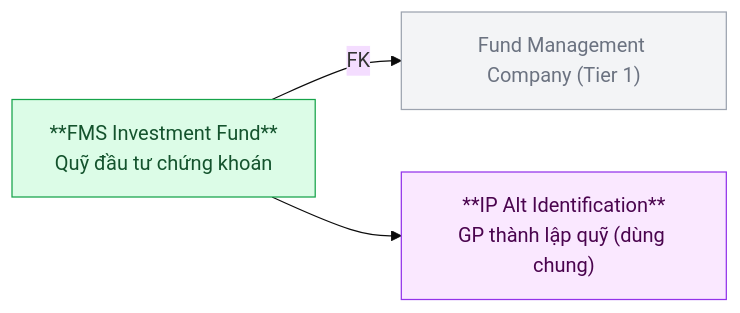
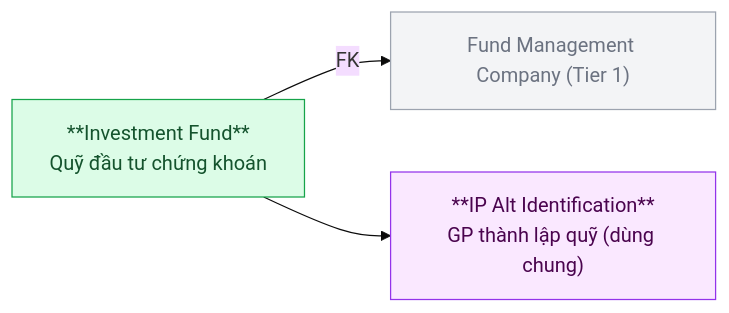
One commit to linhlvit/ubck_atomic_design changed the second of 16 diagrams in Silver/hld/FMS_HLD_Tier2.md. Above: the diagram before and after it, drawn with Mermaid (base theme). The commit also changed other lines of this file and 32 other files, not shown here.

````diff
--- a/Silver/hld/FMS_HLD_Tier2.md
+++ b/Silver/hld/FMS_HLD_Tier2.md
@@ -32,13 +32,13 @@
 ```mermaid
 graph LR
     classDef silver fill:#dcfce7,stroke:#16a34a,color:#14532d
     classDef shared fill:#fae8ff,stroke:#9333ea,color:#4a044e
     classDef refnode fill:#f3f4f6,stroke:#9ca3af,color:#6b7280
 
     FMC["Fund Management Company (Tier 1)"]:::refnode
-    FUND["**FMS Investment Fund**\nQuỹ đầu tư chứng khoán"]:::silver
+    FUND["**Investment Fund**\nQuỹ đầu tư chứng khoán"]:::silver
     ALTID["**IP Alt Identification**\nGP thành lập quỹ (dùng chung)"]:::shared
 
     FUND -->|FK| FMC
     FUND --> ALTID
 ```
````
